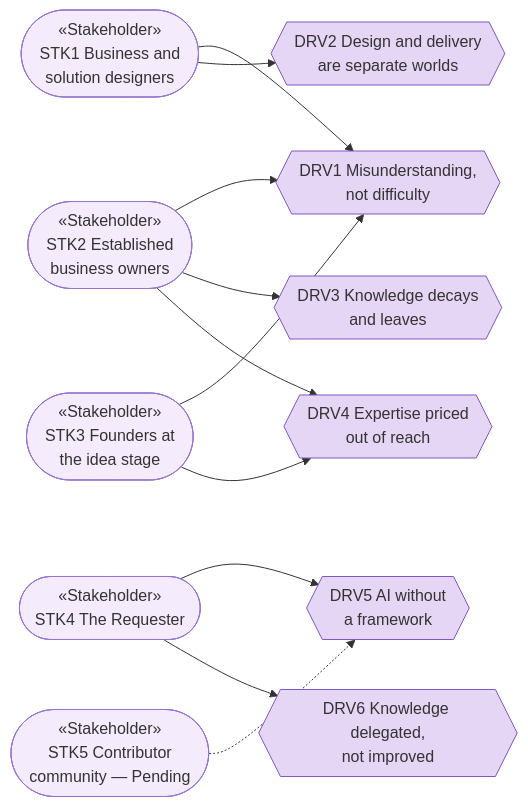
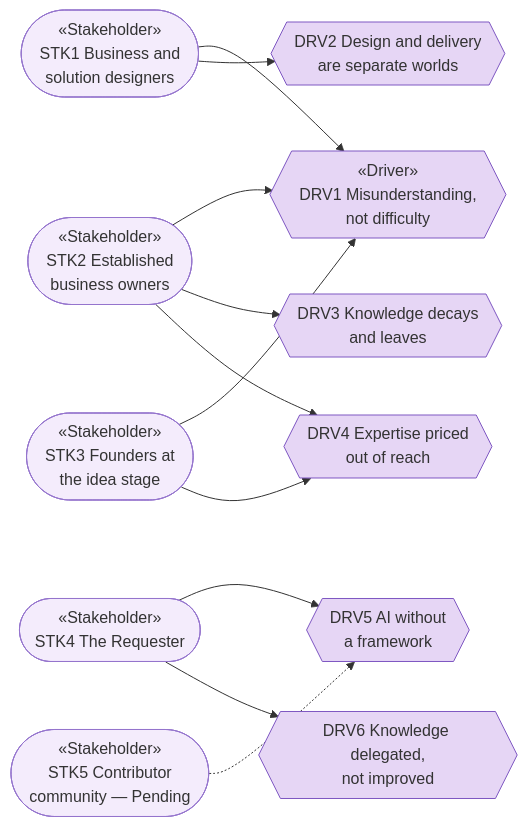
One commit to roanboc/architecture-archreator changed the second of 7 diagrams in organization/docs/ea/1_strategy/1_motivation.md. Above: the diagram before and after it, drawn with Mermaid. The commit also changed other lines of this file and 2 other files, not shown here.

First line of the commit message:
docs: extend diagram-first notation to capabilities and the value stream

````diff
--- a/organization/docs/ea/1_strategy/1_motivation.md
+++ b/organization/docs/ea/1_strategy/1_motivation.md
@@ -53,29 +73,29 @@
 ```mermaid
 flowchart LR
   stk1(["«Stakeholder»<br>STK1 Business and<br>solution designers"]):::stakeholder
   stk2(["«Stakeholder»<br>STK2 Established<br>business owners"]):::stakeholder
   stk3(["«Stakeholder»<br>STK3 Founders at<br>the idea stage"]):::stakeholder
   stk4(["«Stakeholder»<br>STK4 The Requester"]):::stakeholder
   stk5(["«Stakeholder»<br>STK5 Contributor<br>community — Pending"]):::stakeholder
 
-  drv1{{"DRV1 Misunderstanding,<br>not difficulty"}}:::driver
+  drv1{{"«Driver»<br>DRV1 Misunderstanding,<br>not difficulty"}}:::driver
   drv2{{"DRV2 Design and delivery<br>are separate worlds"}}:::driver
   drv3{{"DRV3 Knowledge decays<br>and leaves"}}:::driver
   drv4{{"DRV4 Expertise priced<br>out of reach"}}:::driver
   drv5{{"DRV5 AI without<br>a framework"}}:::driver
   drv6{{"DRV6 Knowledge delegated,<br>not improved"}}:::driver
 
   stk1 --> drv1
   stk1 --> drv2
   stk2 --> drv1
   stk2 --> drv3
   stk2 --> drv4
   stk3 --> drv1
   stk3 --> drv4
   stk4 --> drv5
   stk4 --> drv6
   stk5 -.-> drv5
 
   classDef stakeholder fill:#f4ecfc,stroke:#9575cd,color:#333
   classDef driver fill:#e6d6f5,stroke:#7e57c2,color:#333
 ```
````
